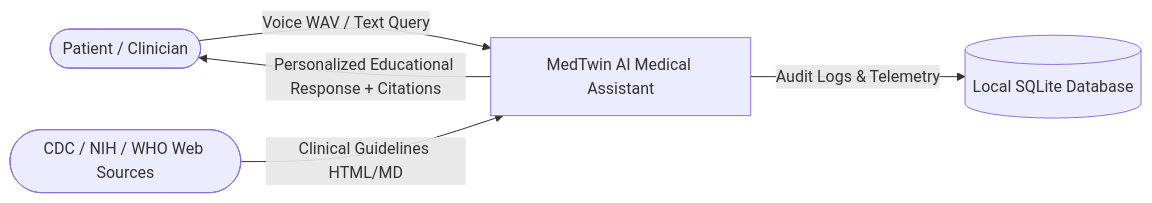
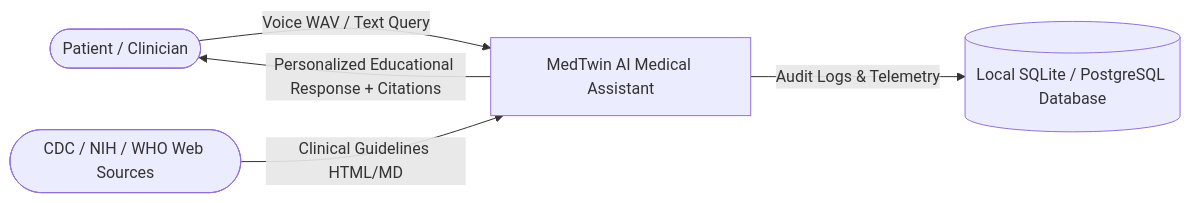
Before and after one commit to DG-Modi/MedTwin-AI: the first of 2 diagrams in docs/data_flow_diagram.md, drawn with Mermaid. The commit also changed other lines of this file and 32 other files, not shown here.

````diff
--- a/docs/data_flow_diagram.md
+++ b/docs/data_flow_diagram.md
@@ -6,7 +6,7 @@
 ```mermaid
 graph LR
     User([Patient / Clinician]) -->|Voice WAV / Text Query| MedTwinAI[MedTwin AI Medical Assistant]
     MedTwinAI -->|Personalized Educational Response + Citations| User
     CDC_NIH([CDC / NIH / WHO Web Sources]) -->|Clinical Guidelines HTML/MD| MedTwinAI
-    MedTwinAI -->|Audit Logs & Telemetry| SQLite[(Local SQLite Database)]
+    MedTwinAI -->|Audit Logs & Telemetry| SQLite[(Local SQLite / PostgreSQL Database)]
 ```
````
